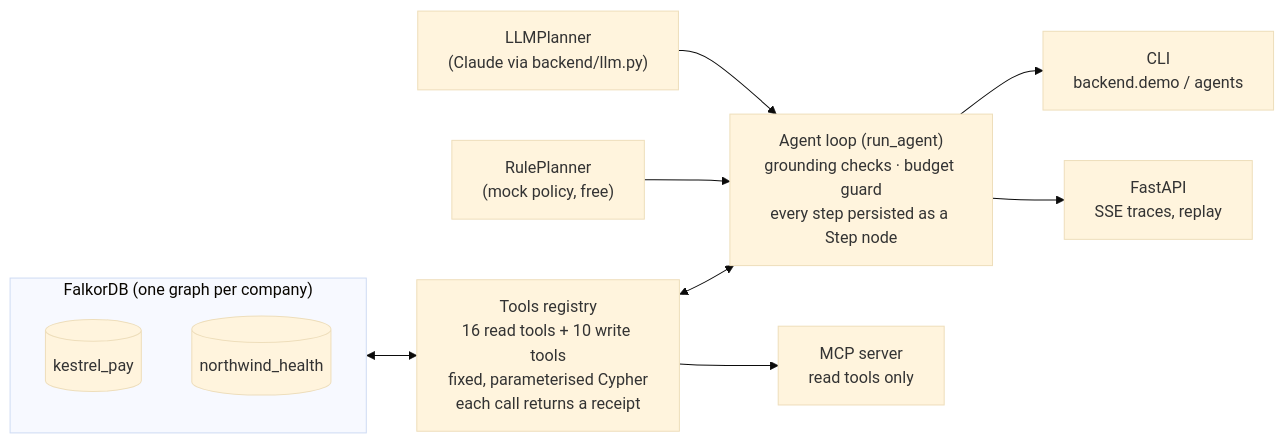
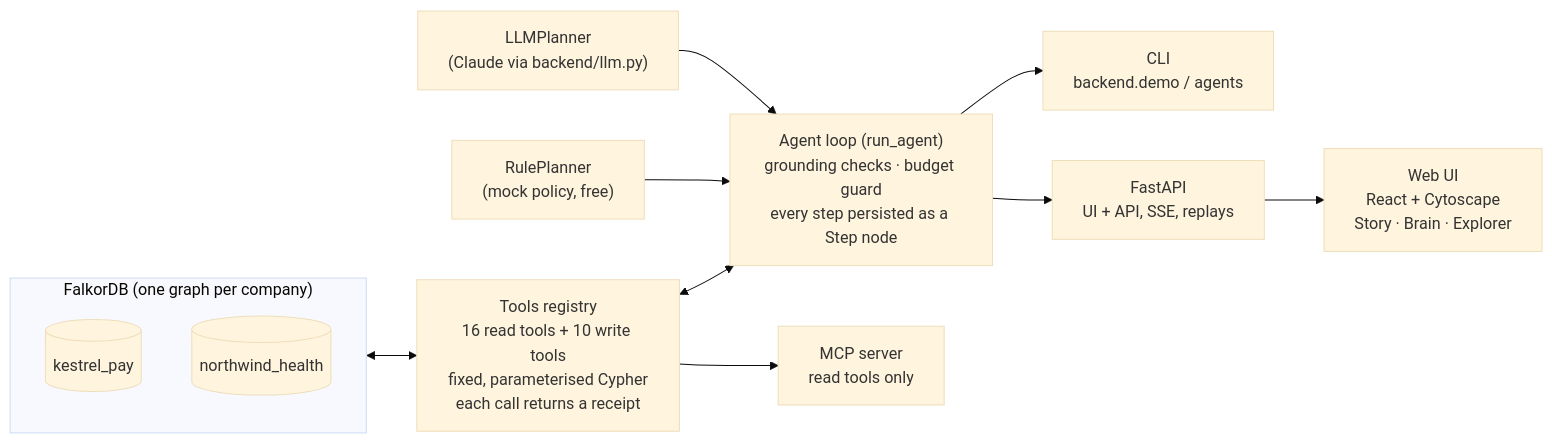
Before and after one commit to jsuryacodes/incident-brain: the first of 2 diagrams in README.md, drawn with Mermaid (base theme). The commit also changed other lines of this file and 4 other files, not shown here.

````diff
--- a/README.md
+++ b/README.md
@@ -37,21 +68,23 @@
 ```mermaid
 flowchart LR
   subgraph FDB["FalkorDB (one graph per company)"]
     KP[("kestrel_pay")]
     NW[("northwind_health")]
   end
   REG["Tools registry<br/>16 read tools + 10 write tools<br/>fixed, parameterised Cypher<br/>each call returns a receipt"]
   LOOP["Agent loop (run_agent)<br/>grounding checks · budget guard<br/>every step persisted as a Step node"]
   RP["RulePlanner<br/>(mock policy, free)"]
   LP["LLMPlanner<br/>(Claude via backend/llm.py)"]
   CLI["CLI<br/>backend.demo / agents"]
-  API["FastAPI<br/>SSE traces, replay"]
+  API["FastAPI<br/>UI + API, SSE, replays"]
   MCP["MCP server<br/>read tools only"]
   FDB <--> REG
   REG <--> LOOP
   RP --> LOOP
   LP --> LOOP
   LOOP --> CLI
   LOOP --> API
+  UI["Web UI<br/>React + Cytoscape<br/>Story · Brain · Explorer"]
+  API --> UI
   REG --> MCP
 ```
````
